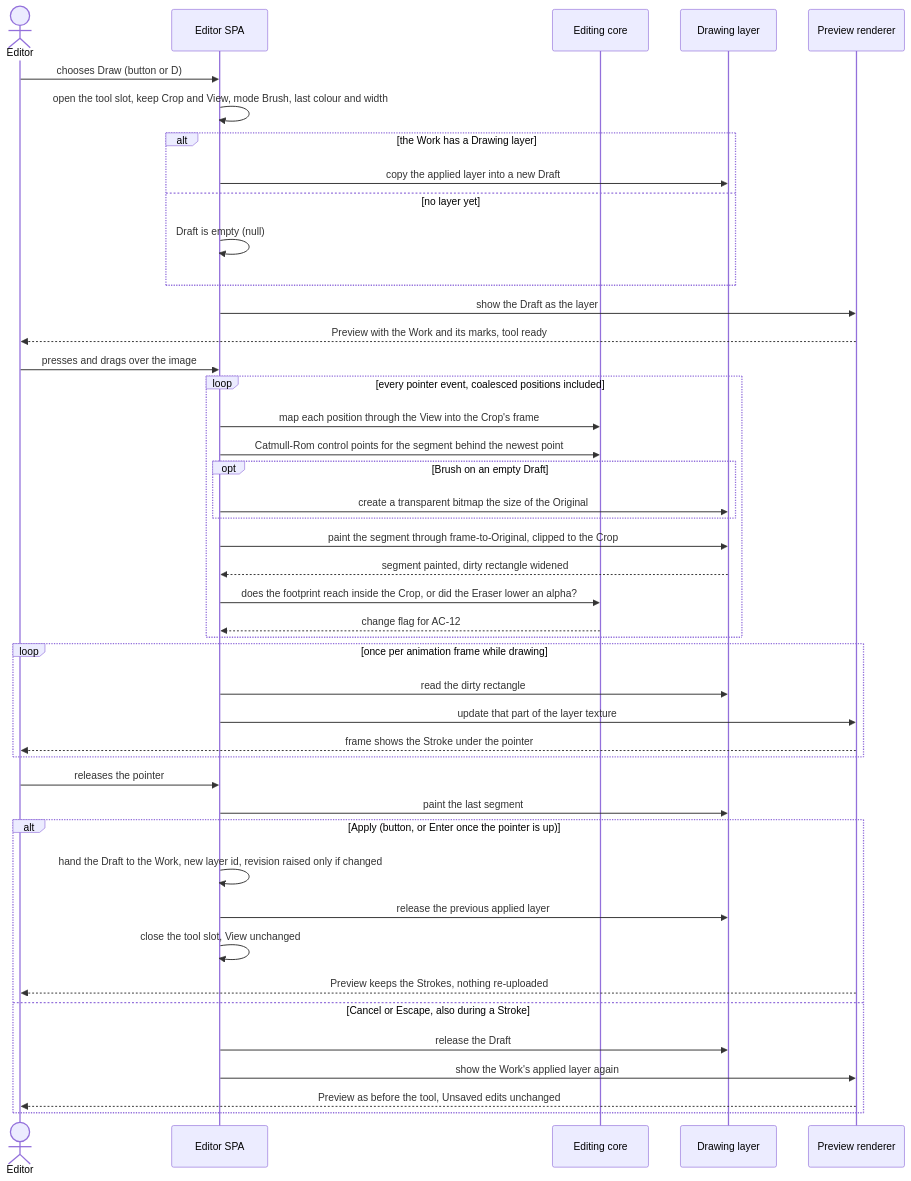
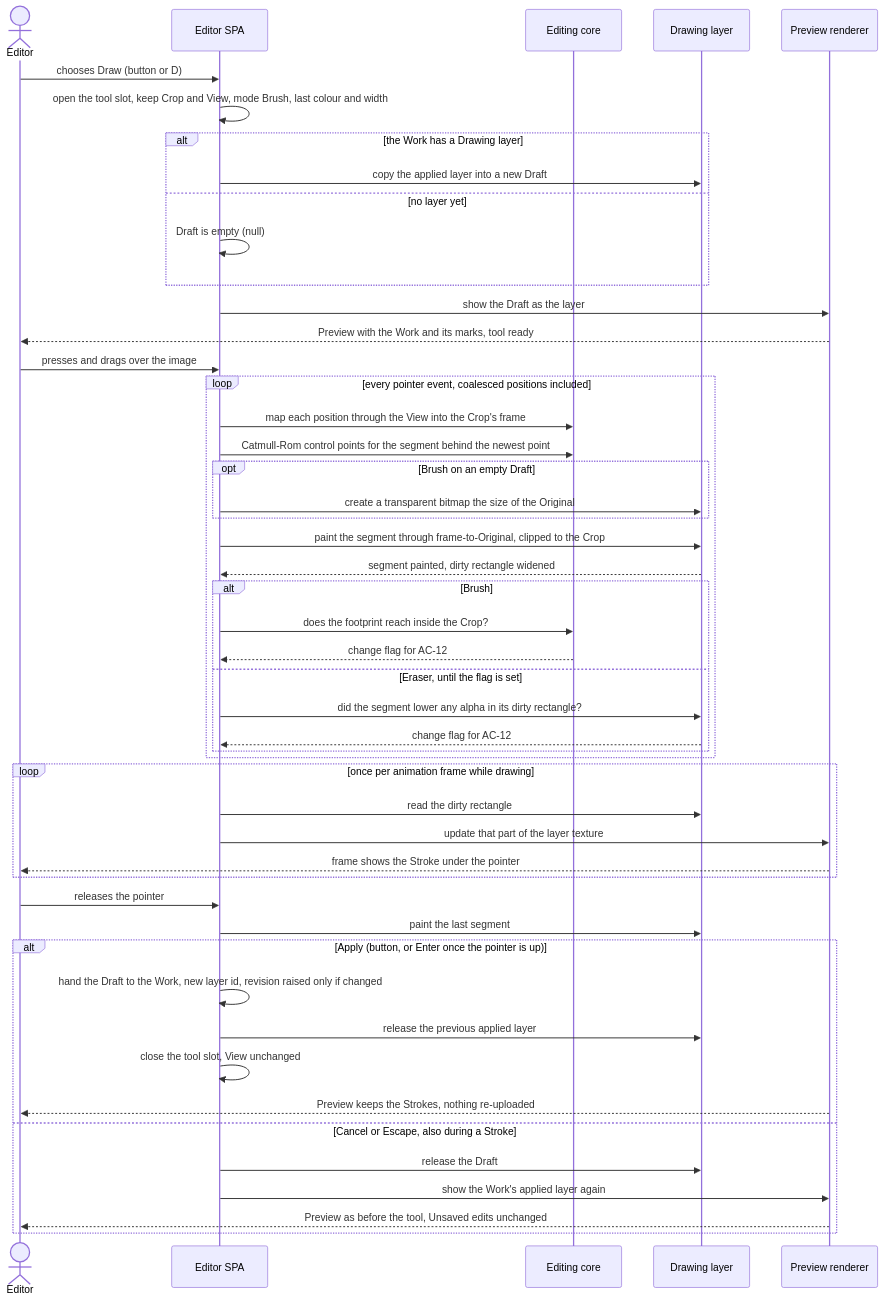
One commit to Blazheiko/imgly changed the third of 4 diagrams in docs/features/draw/sad.md. Above: the diagram before and after it, drawn with Mermaid. The commit also changed other lines of this file and 4 other files, not shown here.

````diff
--- a/docs/features/draw/sad.md
+++ b/docs/features/draw/sad.md
@@ -216,49 +216,54 @@
 ```mermaid
 sequenceDiagram
     actor Editor
     participant SPA as Editor SPA
     participant Core as Editing core
     participant Layer as Drawing layer
     participant GPU as Preview renderer
 
     Editor->>SPA: chooses Draw (button or D)
     SPA->>SPA: open the tool slot, keep Crop and View, mode Brush, last colour and width
     alt the Work has a Drawing layer
         SPA->>Layer: copy the applied layer into a new Draft
     else no layer yet
         SPA->>SPA: Draft is empty (null)
     end
     SPA->>GPU: show the Draft as the layer
     GPU-->>Editor: Preview with the Work and its marks, tool ready
 
     Editor->>SPA: presses and drags over the image
     loop every pointer event, coalesced positions included
         SPA->>Core: map each position through the View into the Crop's frame
         SPA->>Core: Catmull-Rom control points for the segment behind the newest point
         opt Brush on an empty Draft
             SPA->>Layer: create a transparent bitmap the size of the Original
         end
         SPA->>Layer: paint the segment through frame-to-Original, clipped to the Crop
         Layer-->>SPA: segment painted, dirty rectangle widened
-        SPA->>Core: does the footprint reach inside the Crop, or did the Eraser lower an alpha?
-        Core-->>SPA: change flag for AC-12
+        alt Brush
+            SPA->>Core: does the footprint reach inside the Crop?
+            Core-->>SPA: change flag for AC-12
+        else Eraser, until the flag is set
+            SPA->>Layer: did the segment lower any alpha in its dirty rectangle?
+            Layer-->>SPA: change flag for AC-12
+        end
     end
     loop once per animation frame while drawing
         SPA->>Layer: read the dirty rectangle
         SPA->>GPU: update that part of the layer texture
         GPU-->>Editor: frame shows the Stroke under the pointer
     end
     Editor->>SPA: releases the pointer
     SPA->>Layer: paint the last segment
 
     alt Apply (button, or Enter once the pointer is up)
         SPA->>SPA: hand the Draft to the Work, new layer id, revision raised only if changed
         SPA->>Layer: release the previous applied layer
         SPA->>SPA: close the tool slot, View unchanged
         GPU-->>Editor: Preview keeps the Strokes, nothing re-uploaded
     else Cancel or Escape, also during a Stroke
         SPA->>Layer: release the Draft
         SPA->>GPU: show the Work's applied layer again
         GPU-->>Editor: Preview as before the tool, Unsaved edits unchanged
     end
 ```
````
